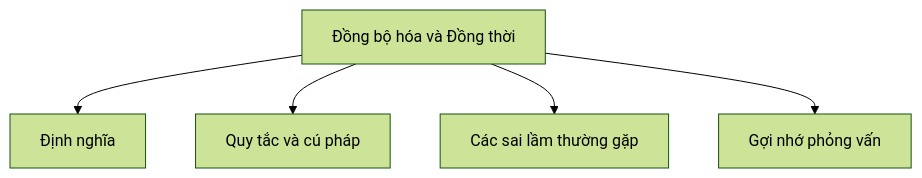
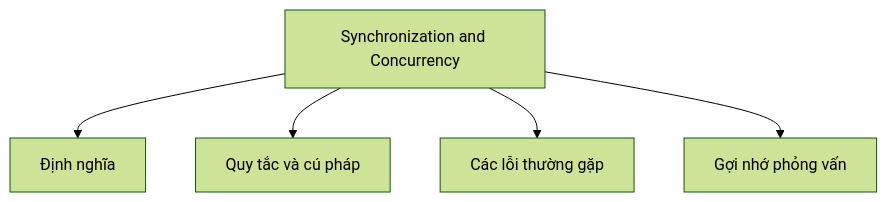
One commit to PhuThien2005/theoretical-of-java-core changed the diagram in vi/29-synchronization-concurrency/README.md. Above: the diagram before and after it, drawn with Mermaid (forest theme). The commit also changed other lines of this file and 229 other files, not shown here.

````diff
--- a/vi/29-synchronization-concurrency/README.md
+++ b/vi/29-synchronization-concurrency/README.md
@@ -85,7 +85,7 @@
 ```mermaid
 flowchart TD
-    A[Đồng bộ hóa và Đồng thời] --> B[Định nghĩa]
+    A[Synchronization and Concurrency] --> B[Định nghĩa]
     A --> C[Quy tắc và cú pháp]
-    A --> D[Các sai lầm thường gặp]
+    A --> D[Các lỗi thường gặp]
     A --> E[Gợi nhớ phỏng vấn]
 ```
````
